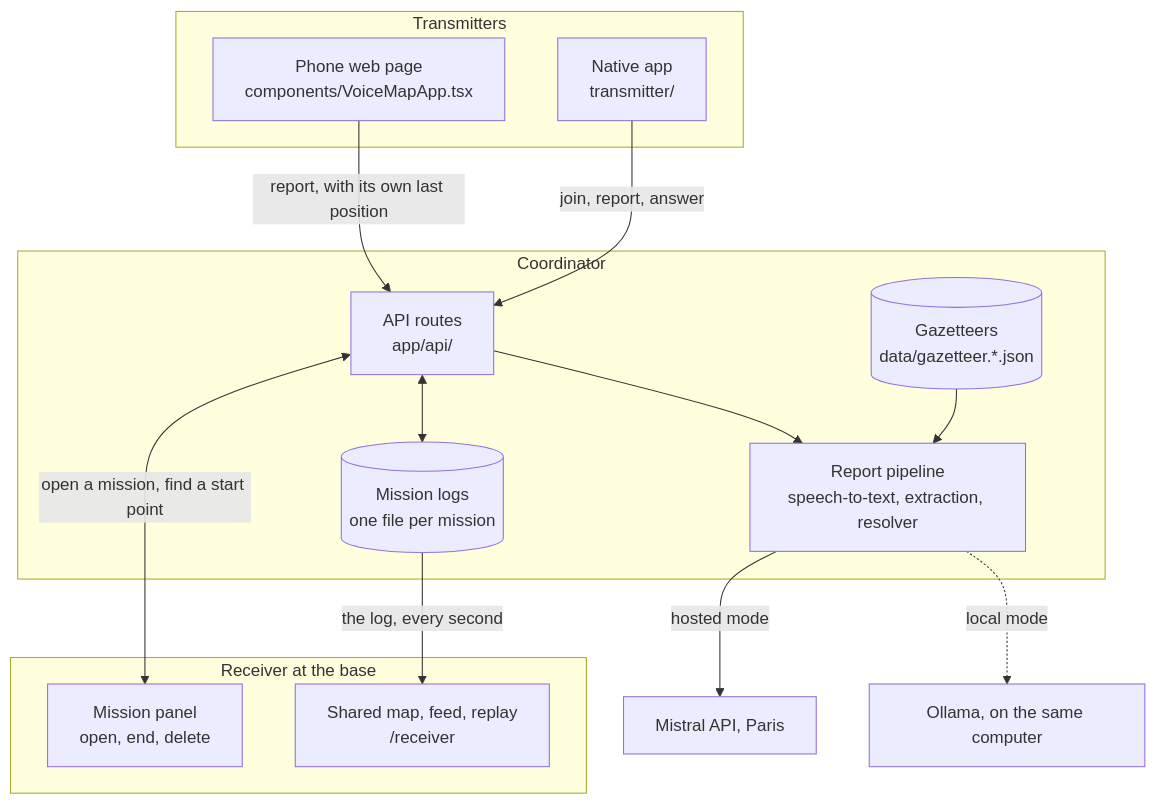
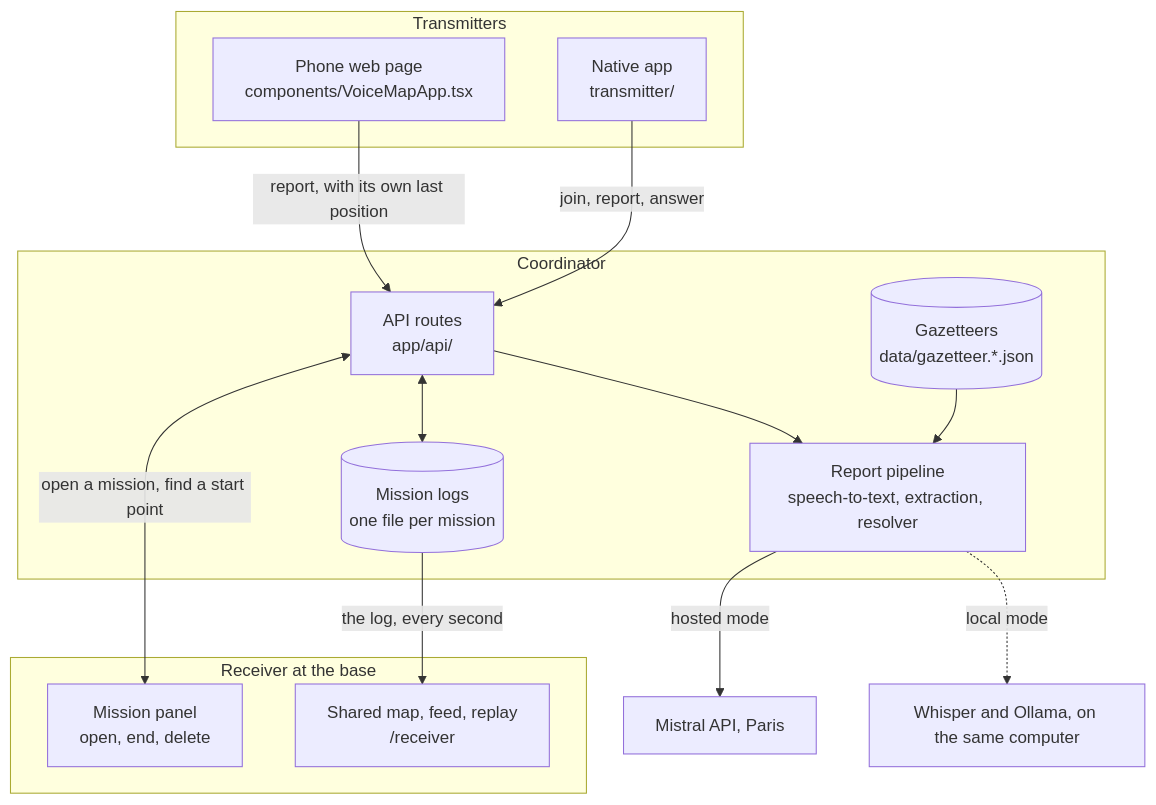
One commit to adam2765/edth-hackathon changed the first of 4 diagrams in docs/architecture.md. Above: the diagram before and after it, drawn with Mermaid. The commit also changed other lines of this file and 33 other files, not shown here.

````diff
--- a/docs/architecture.md
+++ b/docs/architecture.md
@@ -36,32 +36,32 @@
 ```mermaid
 flowchart TB
     subgraph TX["Transmitters"]
         WEB["Phone web page<br/>components/VoiceMapApp.tsx"]
         NAT["Native app<br/>transmitter/"]
     end
 
     subgraph CO["Coordinator"]
         API["API routes<br/>app/api/"]
         PIPE["Report pipeline<br/>speech-to-text, extraction, resolver"]
         GAZ[("Gazetteers<br/>data/gazetteer.*.json")]
         LOG[("Mission logs<br/>one file per mission")]
     end
 
     subgraph RX["Receiver at the base"]
         PANEL["Mission panel<br/>open, end, delete"]
         VIEW["Shared map, feed, replay<br/>/receiver"]
     end
 
     MIS["Mistral API, Paris"]
-    OLL["Ollama, on the same computer"]
+    OLL["Whisper and Ollama, on the same computer"]
 
     WEB -- "report, with its own last position" --> API
     NAT -- "join, report, answer" --> API
     API --> PIPE
     GAZ --> PIPE
     API <--> LOG
     PIPE -- "hosted mode" --> MIS
     PIPE -. "local mode" .-> OLL
     LOG -- "the log, every second" --> VIEW
     API <-- "open a mission, find a start point" --> PANEL
 ```
````
